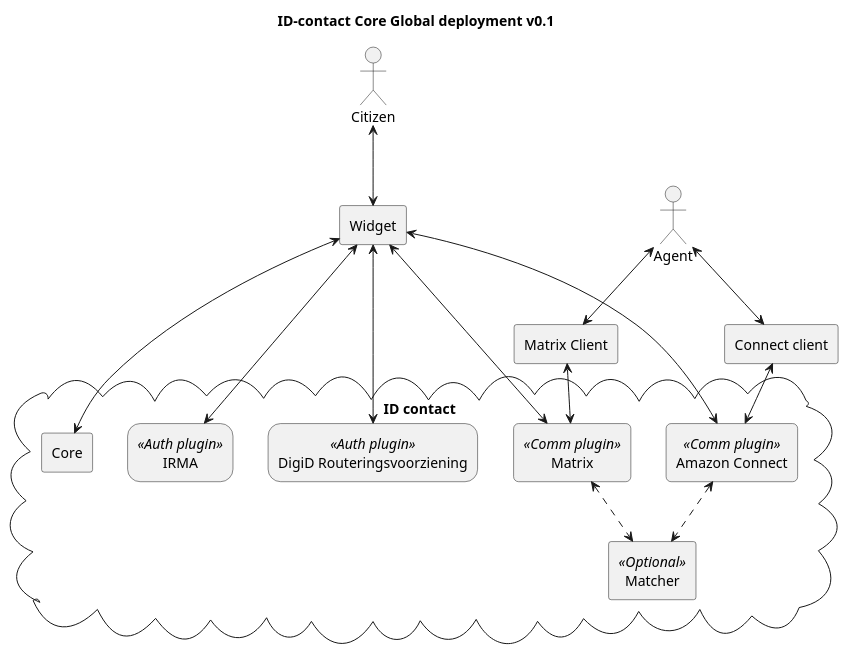
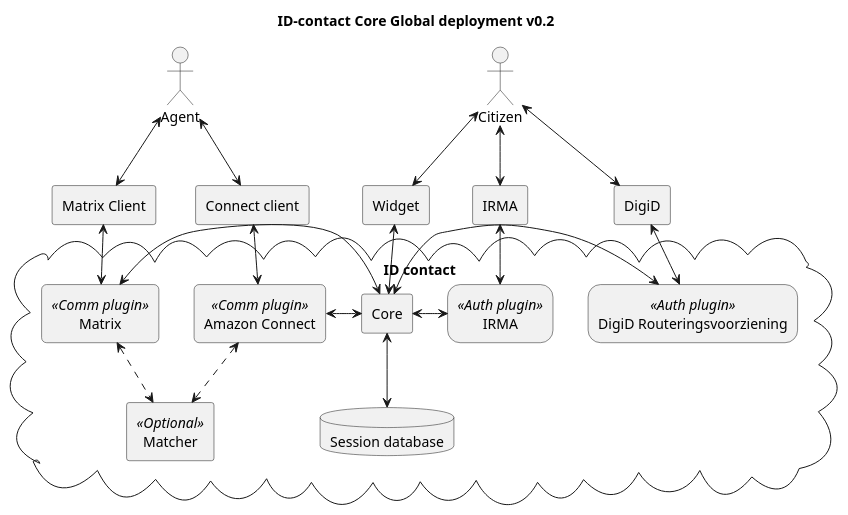
The diagram in docs/diagrams/global-deployment.puml (id-contact/docs), drawn with PlantUML before and after one commit. The commit also changed 1 other file, not shown here.

Commit message:
Update global sequence and deployment diagrams to have all communication flow through the core and have it check the session state before opening authentication flows or conversations, so replay attacks can be avoided

```diff
--- a/docs/diagrams/global-deployment.puml
+++ b/docs/diagrams/global-deployment.puml
@@ -1,46 +1,56 @@
 @startuml
-title ID-contact Core Global deployment v0.1
+title ID-contact Core Global deployment v0.2
 skinparam rectangle {
     roundCorner<<Auth plugin>> 25
 }
 
 skinparam rectangle {
     roundCorner<<Comm plugin>> 10
 }
 
 actor Citizen as citizen
 actor Agent as agent
 
 cloud "ID contact" {
     rectangle Core as core
     rectangle "IRMA" <<Auth plugin>> as auth_irma
     rectangle "DigiD Routeringsvoorziening" <<Auth plugin>> as auth_digid
 
     rectangle "Amazon Connect" <<Comm plugin>> as comm_connect
     rectangle "Matrix" <<Comm plugin>> as comm_matrix
 
     rectangle "Matcher" <<Optional>> as matcher
+    database "Session database" as session_db
 }
 
 rectangle Widget as widget
 rectangle "Matrix Client" as matrix_client
 rectangle "Connect client" as connect_client
+rectangle IRMA as irma
+rectangle DigiD as digid
 
 
 citizen<-->widget
+citizen<-->irma
+citizen<-->digid
 agent<-->connect_client
 agent<-->matrix_client
 
-widget<-->core
-widget<--->auth_digid
-widget<-->auth_irma
-widget<-->comm_matrix
-widget<-->comm_connect
+core<-u->widget
+core<->auth_digid
+core<->auth_irma
+core<-l->comm_matrix
+core<-l->comm_connect
+
+core<-->session_db
+
+digid<-->auth_digid
+irma<-->auth_irma
 
 matrix_client<-->comm_matrix
 connect_client<-->comm_connect
 
 comm_connect<..>matcher
 comm_matrix<..>matcher
 
 @enduml
```
